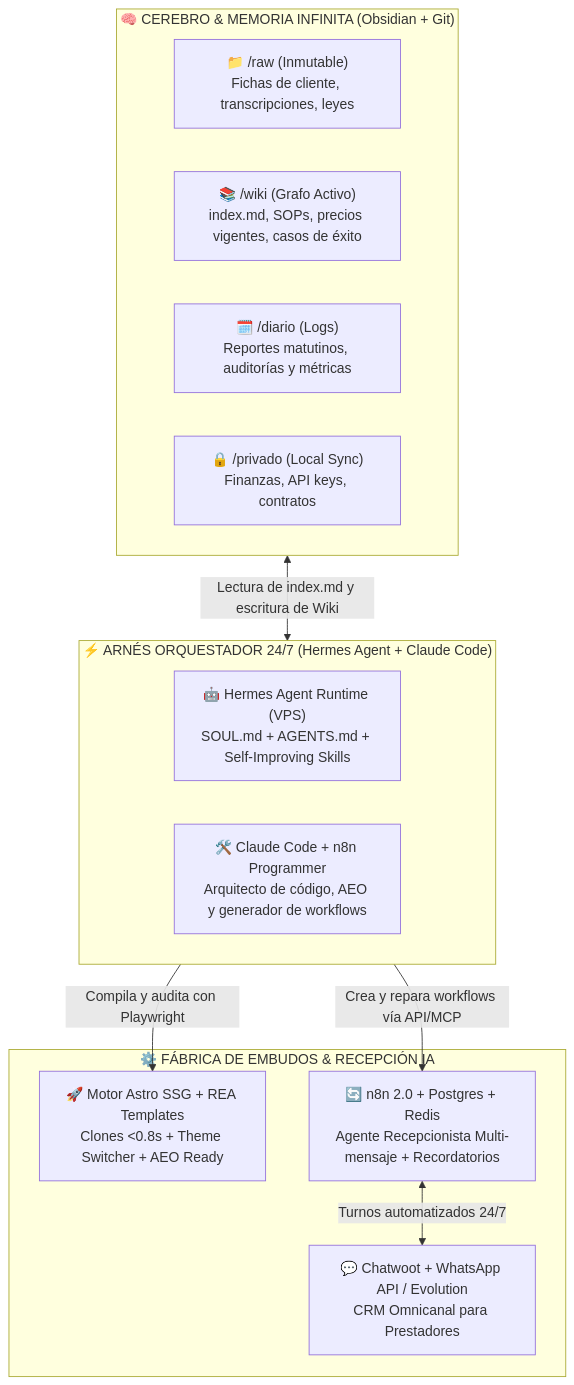
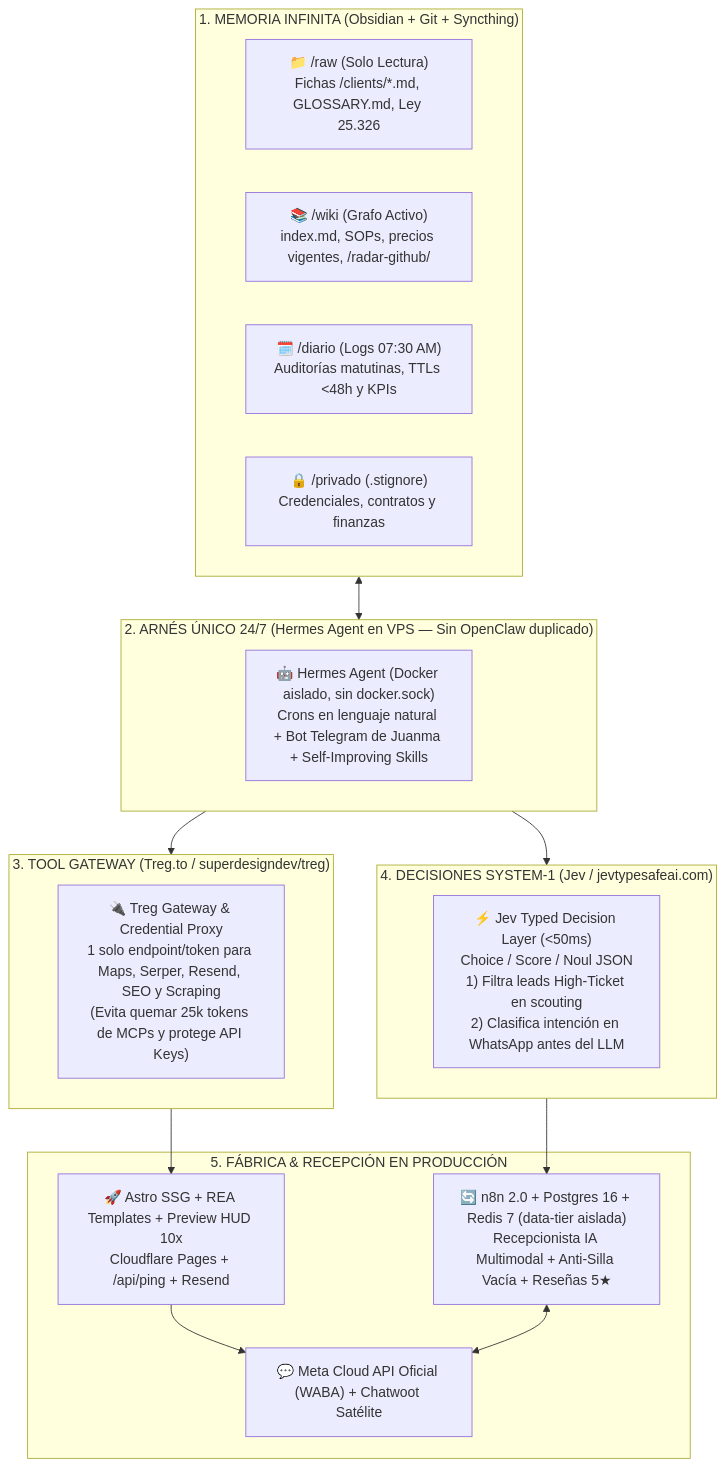
The second of 2 diagrams in routemap.md (juanmamerodio/NexoBow), drawn with Mermaid before and after one commit. The commit also changed other lines of this file and 44 other files, not shown here.

Commit message:
feat(gate0): complete Frente G preview HUD 10x, 10-links Maps intake, Zoho Mail, /api/ping hot-lead and CRM workstation (#50-#53)

````diff
--- a/routemap.md
+++ b/routemap.md
@@ -77,25 +139,35 @@
 ```mermaid
 flowchart TB
-    subgraph Cerebro ["🧠 CEREBRO & MEMORIA INFINITA (Obsidian + Git)"]
-        Raw["📁 /raw (Inmutable)<br/>Fichas de cliente, transcripciones, leyes"]
-        Wiki["📚 /wiki (Grafo Activo)<br/>index.md, SOPs, precios vigentes, casos de éxito"]
-        Diario["🗓️ /diario (Logs)<br/>Reportes matutinos, auditorías y métricas"]
-        Privado["🔒 /privado (Local Sync)<br/>Finanzas, API keys, contratos"]
+    subgraph Capa1 ["1. MEMORIA INFINITA (Obsidian + Git + Syncthing)"]
+        Raw["📁 /raw (Solo Lectura)<br/>Fichas /clients/*.md, GLOSSARY.md, Ley 25.326"]
+        Wiki["📚 /wiki (Grafo Activo)<br/>index.md, SOPs, precios vigentes, /radar-github/"]
+        Diario["🗓️ /diario (Logs 07:30 AM)<br/>Auditorías matutinas, TTLs <48h y KPIs"]
+        Privado["🔒 /privado (.stignore)<br/>Credenciales, contratos y finanzas"]
     end
 
-    subgraph Arnes ["⚡ ARNÉS ORQUESTADOR 24/7 (Hermes Agent + Claude Code)"]
-        Hermes["🤖 Hermes Agent Runtime (VPS)<br/>SOUL.md + AGENTS.md + Self-Improving Skills"]
-        ClaudeCode["🛠️ Claude Code + n8n Programmer<br/>Arquitecto de código, AEO y generador de workflows"]
+    subgraph Capa2 ["2. ARNÉS ÚNICO 24/7 (Hermes Agent en VPS — Sin OpenClaw duplicado)"]
+        Hermes["🤖 Hermes Agent (Docker aislado, sin docker.sock)<br/>Crons en lenguaje natural + Bot Telegram de Juanma + Self-Improving Skills"]
     end
 
-    subgraph Ejecucion ["⚙️ FÁBRICA DE EMBUDOS & RECEPCIÓN IA"]
-        AstroSSG["🚀 Motor Astro SSG + REA Templates<br/>Clones <0.8s + Theme Switcher + AEO Ready"]
-        N8NEngine["🔄 n8n 2.0 + Postgres + Redis<br/>Agente Recepcionista Multi-mensaje + Recordatorios"]
-        ChatwootCRM["💬 Chatwoot + WhatsApp API / Evolution<br/>CRM Omnicanal para Prestadores"]
+    subgraph Capa3 ["3. TOOL GATEWAY (Treg.to / superdesigndev/treg)"]
+        Treg["🔌 Treg Gateway & Credential Proxy<br/>1 solo endpoint/token para Maps, Serper, Resend, SEO y Scraping<br/>(Evita quemar 25k tokens de MCPs y protege API Keys)"]
     end
 
-    Cerebro <-->|Lectura de index.md y escritura de Wiki| Arnes
-    Arnes -->|Compila y audita con Playwright| AstroSSG
-    Arnes -->|Crea y repara workflows vía API/MCP| N8NEngine
-    N8NEngine <-->|Turnos automatizados 24/7| ChatwootCRM
+    subgraph Capa4 ["4. DECISIONES SYSTEM-1 (Jev / jevtypesafeai.com)"]
+        Jev["⚡ Jev Typed Decision Layer (<50ms)<br/>Choice / Score / Noul JSON<br/>1) Filtra leads High-Ticket en scouting<br/>2) Clasifica intención en WhatsApp antes del LLM"]
+    end
+
+    subgraph Capa5 ["5. FÁBRICA & RECEPCIÓN EN PRODUCCIÓN"]
+        AstroSSG["🚀 Astro SSG + REA Templates + Preview HUD 10x<br/>Cloudflare Pages + /api/ping + Resend"]
+        N8N["🔄 n8n 2.0 + Postgres 16 + Redis 7 (data-tier aislada)<br/>Recepcionista IA Multimodal + Anti-Silla Vacía + Reseñas 5★"]
+        WABA["💬 Meta Cloud API Oficial (WABA) + Chatwoot Satélite"]
+    end
+
+    Capa1 <--> Capa2
+    Capa2 --> Capa3
+    Capa2 --> Capa4
+    Capa3 --> AstroSSG
+    Capa4 --> N8N
+    AstroSSG --> WABA
+    N8N <--> WABA
 ```
````
